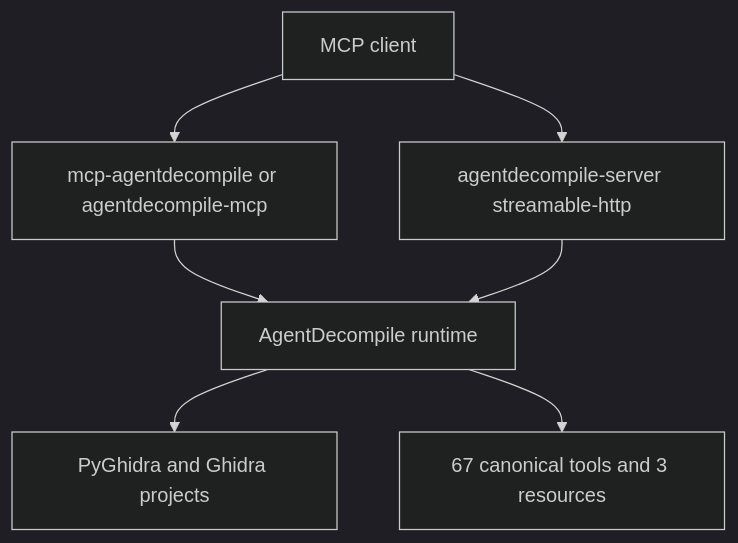
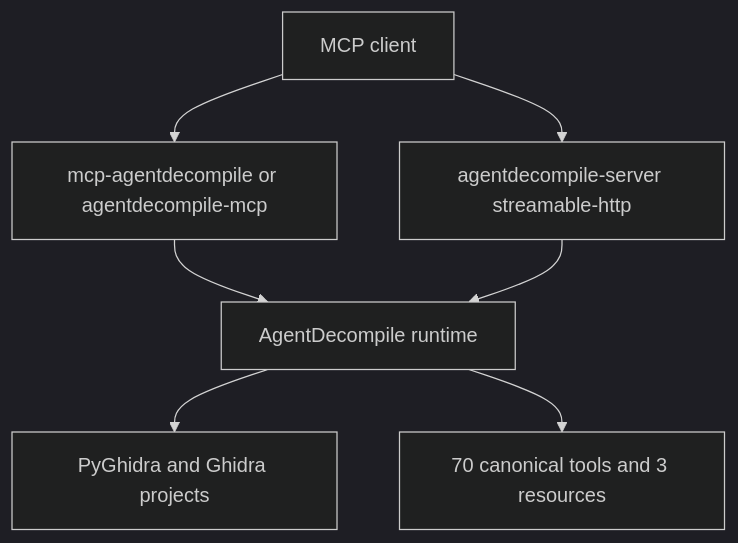
Before and after one commit to bolabaden/AgentDecompile: the first of 4 diagrams in README.md, drawn with Mermaid (dark theme). The commit also changed other lines of this file and 6 other files, not shown here.

````diff
--- a/README.md
+++ b/README.md
@@ -9,9 +11,9 @@
 ```mermaid
 flowchart TD
   A[MCP client] --> B[mcp-agentdecompile or agentdecompile-mcp]
   A --> C[agentdecompile-server streamable-http]
   B --> D[AgentDecompile runtime]
   C --> D
   D --> E[PyGhidra and Ghidra projects]
-  D --> F[67 canonical tools and 3 resources]
+  D --> F[70 canonical tools and 3 resources]
 ```
````
